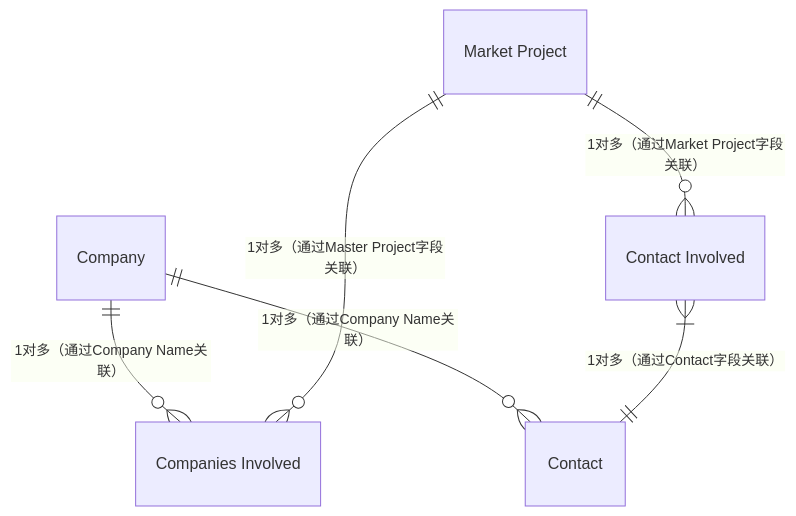
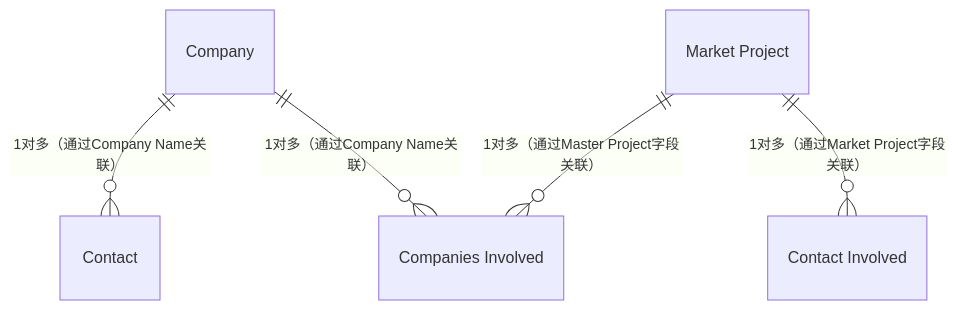
Before and after one commit to zhangziru-33/iodraw-files: the diagram in all/Norden数据E-R图(7个对象，+contact).md, drawn with Mermaid.

Commit message:
2025-12-04 14:07:48 update

````diff
--- a/all/Norden数据E-R图(7个对象，+contact).md
+++ b/all/Norden数据E-R图(7个对象，+contact).md
@@ -1,14 +1,14 @@
 ```mermaid
 erDiagram
  Company ||--o{ "Contact" : "1对多（通过Company Name关联）"
     Company ||--o{ "Companies Involved" : "1对多（通过Company Name关联）"
     %% Company ||--o{ "PV Product" : "1对多（通过Company字段关联）"
-    "Contact Involved" }|--|| "Contact" : "1对多（通过Contact字段关联）"
+    
    
     "Market Project" ||--o{ "Companies Involved" : "1对多（通过Master Project字段关联）"
     "Market Project" ||--o{ "Contact Involved" : "1对多（通过Market Project字段关联）"
     %% "Market Project" ||--o{ "MP Product" : "1对多（通过Market Project字段关联）"
     %% "MP Product" }|--|| "PV Product" : "多对1（通过产品参数关联，如Frame Material）"
    
     %% Contact ||--o{ "Conatct Involved" : "1对多（通过Conatct字段关联）"
 ```
````
